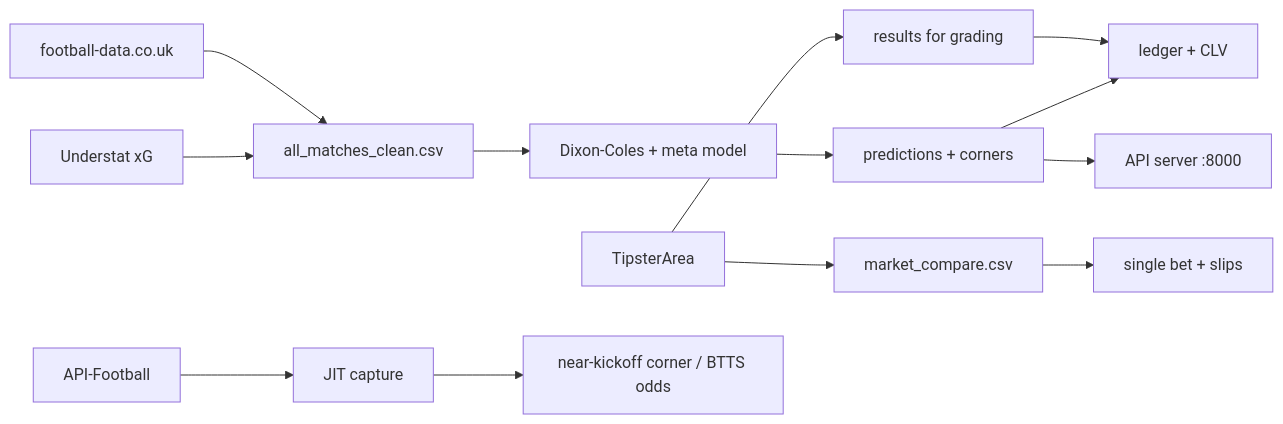
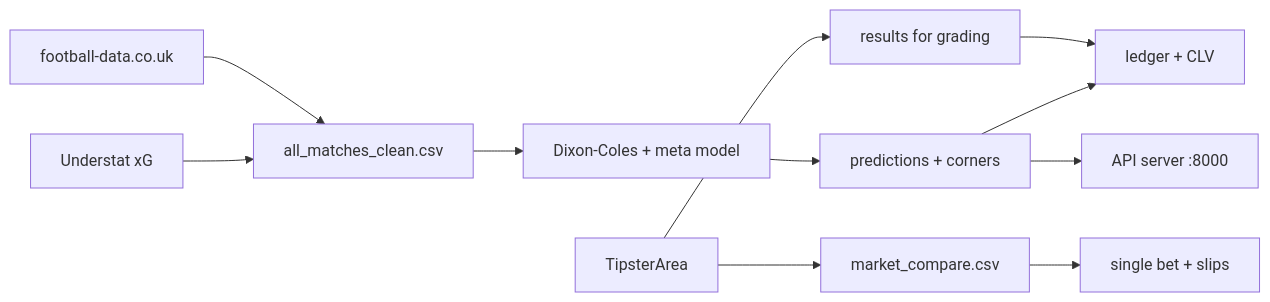
The diagram in README.md (xline8/footballprediction), drawn with Mermaid before and after one commit. The commit also changed other lines of this file and 6 other files, not shown here.

First line of the commit message:
chore: remove JIT capture and the API-Football integration

````diff
--- a/README.md
+++ b/README.md
@@ -115,15 +106,13 @@
 ```mermaid
 flowchart LR
     FD[football-data.co.uk] --> HIST[all_matches_clean.csv]
     UG[Understat xG] --> HIST
     HIST --> FIT[Dixon-Coles + meta model]
     FIT --> PRED[predictions + corners]
     TA[TipsterArea] --> RES[results for grading]
     TA --> MC[market_compare.csv]
     RES --> LEDGER[ledger + CLV]
     PRED --> LEDGER
     MC --> REC[single bet + slips]
     PRED --> API[API server :8000]
-    JIT[JIT capture] --> EXT[near-kickoff corner / BTTS odds]
-    AF[API-Football] --> JIT
 ```
````
